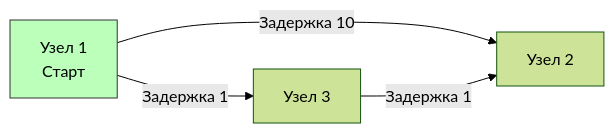
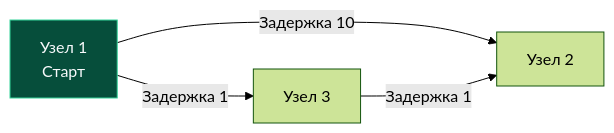
One commit to UnrealTemplier/go-textbook changed the diagram in sources/21. Задачи с LeetCode и собеседований на Go/02. Задачи/14. Графы/8. Network Delay Time.md. Above: the diagram before and after it, drawn with Mermaid (forest theme). The commit also changed 310 other files, not shown here.

First line of the commit message:
fix(mermaid): replace light fill colors with dark palette for readability on dark theme

````diff
--- a/sources/21. Задачи с LeetCode и собеседований на Go/02. Задачи/14. Графы/8. Network Delay Time.md
+++ b/sources/21. Задачи с LeetCode и собеседований на Go/02. Задачи/14. Графы/8. Network Delay Time.md
@@ -20,8 +20,8 @@
 ```mermaid
 graph LR
     A["Узел 1<br>Старт"] -->|"Задержка 10"| B["Узел 2"]
     A -->|"Задержка 1"| C["Узел 3"]
     C -->|"Задержка 1"| B
     
-    style A fill:#bfb,stroke:#333
+    style A fill:#064e3b,stroke:#34d399,color:#f8fafc
 ```
````
